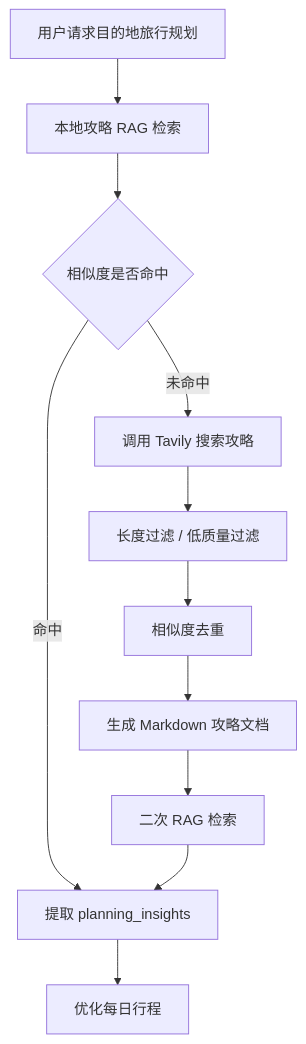
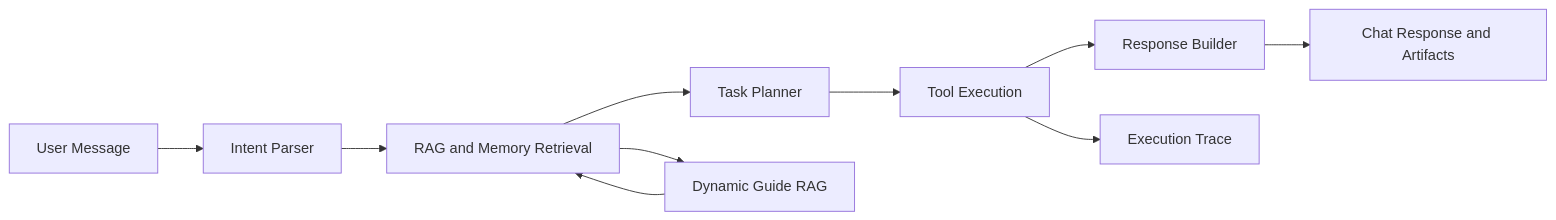
Before and after one commit to ssr2004/trip-assistant: the diagram in README.md, drawn with Mermaid. The commit also changed other lines of this file, not shown here.

````diff
--- a/README.md
+++ b/README.md
@@ -71,13 +39,12 @@
 ```mermaid
-flowchart TD
-    A["用户请求目的地旅行规划"] --> B["本地攻略 RAG 检索"]
-    B --> C{"相似度是否命中"}
-    C -->|命中| D["提取 planning_insights"]
-    C -->|未命中| E["调用 Tavily 搜索攻略"]
-    E --> F["长度过滤 / 低质量过滤"]
-    F --> G["相似度去重"]
-    G --> H["生成 Markdown 攻略文档"]
-    H --> I["二次 RAG 检索"]
-    I --> D
-    D --> J["优化每日行程"]
+flowchart LR
+    A[User Message] --> B[Intent Parser]
+    B --> C[RAG and Memory Retrieval]
+    C --> D[Task Planner]
+    D --> E[Tool Execution]
+    E --> F[Response Builder]
+    F --> G[Chat Response and Artifacts]
+    E --> H[Execution Trace]
+    C --> I[Dynamic Guide RAG]
+    I --> C
 ```
````
